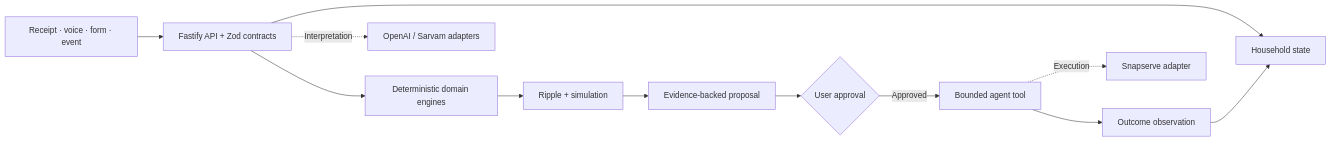
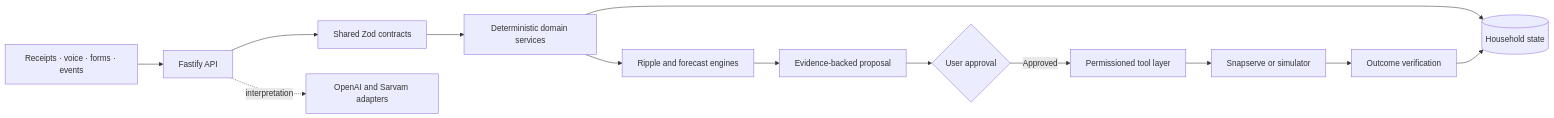
Before and after one commit to goprocker/sathyabamaexpress: the diagram in README.md, drawn with Mermaid. The commit also changed other lines of this file, not shown here.

````diff
--- a/README.md
+++ b/README.md
@@ -54,14 +73,15 @@
 ```mermaid
 flowchart LR
-    A[Receipt · voice · form · event] --> B[Fastify API + Zod contracts]
-    B --> C[Household state]
-    B --> D[Deterministic domain engines]
-    D --> E[Ripple + simulation]
-    E --> F[Evidence-backed proposal]
-    F --> G{User approval}
-    G -->|Approved| H[Bounded agent tool]
-    H --> I[Outcome observation]
-    I --> C
-    B -. Interpretation .-> J[OpenAI / Sarvam adapters]
-    H -. Execution .-> K[Snapserve adapter]
+    Input[Receipts · voice · forms · events] --> API[Fastify API]
+    API --> Contracts[Shared Zod contracts]
+    Contracts --> Domain[Deterministic domain services]
+    Domain --> State[(Household state)]
+    Domain --> Ripple[Ripple and forecast engines]
+    Ripple --> Proposal[Evidence-backed proposal]
+    Proposal --> Approval{User approval}
+    Approval -->|Approved| Tools[Permissioned tool layer]
+    Tools --> Provider[Snapserve or simulator]
+    Provider --> Verify[Outcome verification]
+    Verify --> State
+    API -. interpretation .-> AI[OpenAI and Sarvam adapters]
 ```
````
